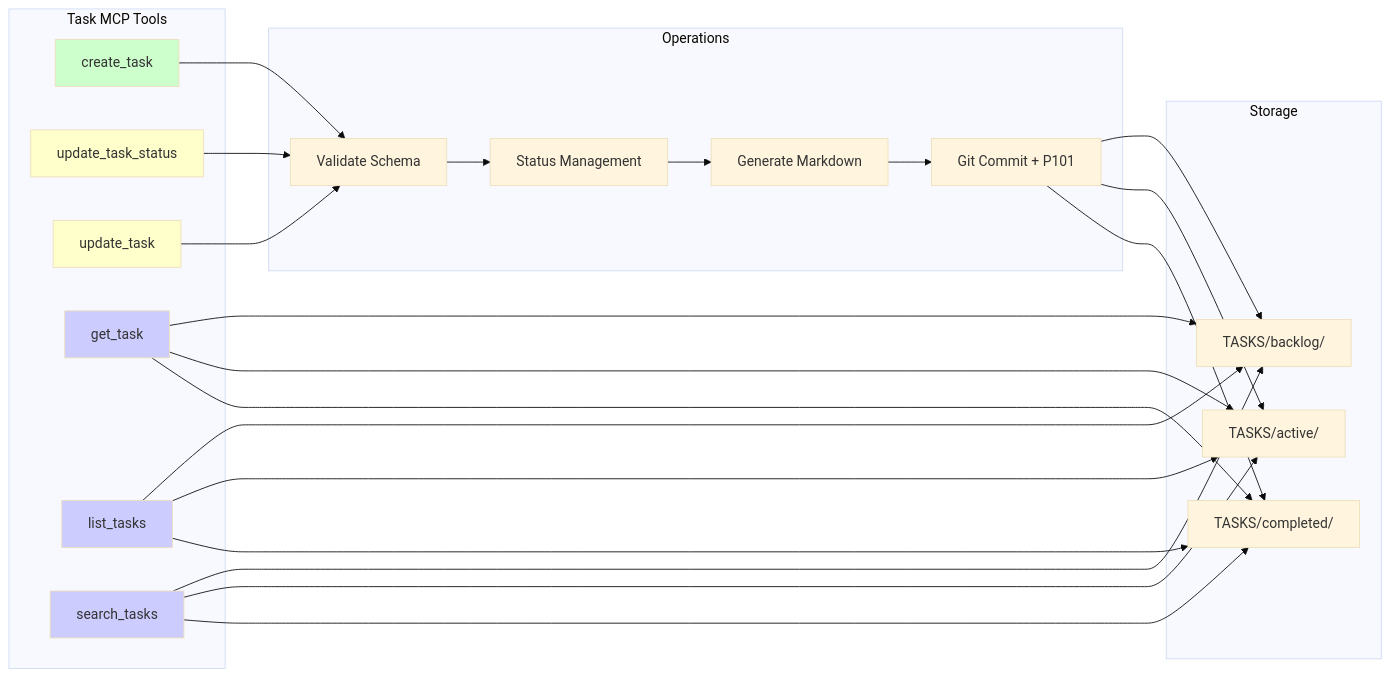
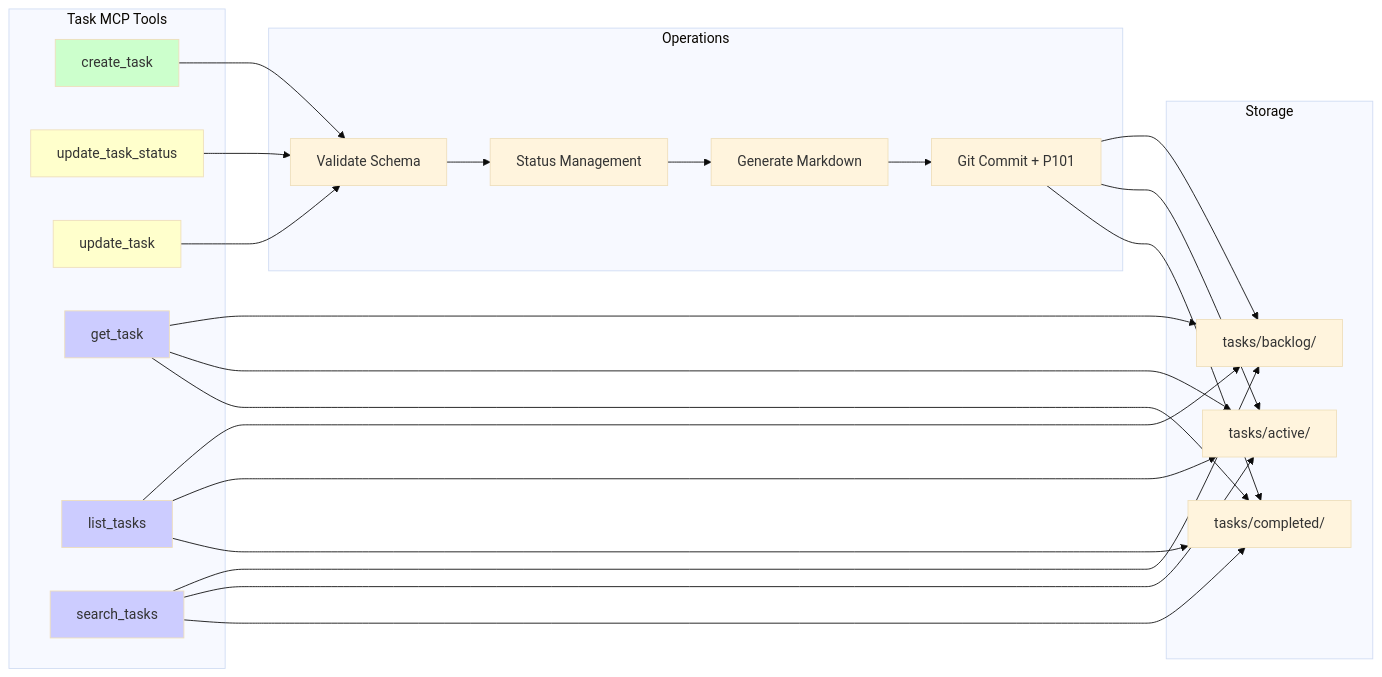
Before and after one commit to richfrem/Project_Sanctuary: the diagram in docs/architecture_diagrams/system/legacy_mcps/task_mcp_server.mmd, drawn with Mermaid. The commit also changed 260 other files, not shown here.

```diff
--- a/docs/architecture_diagrams/system/legacy_mcps/task_mcp_server.mmd
+++ b/docs/architecture_diagrams/system/legacy_mcps/task_mcp_server.mmd
@@ -1,58 +1,58 @@
 ---
 config:
   theme: base
 ---
 %% Name: Task MCP Server Architecture
 %% Source: docs/mcp_servers/architecture/mcp_ecosystem_architecture_v3.md
 %% Location: docs/architecture_diagrams/system/task_mcp_server.mmd
 %% Description: Architecture and tool flow for Task MCP Server
 
 graph LR
     subgraph "Task MCP Tools"
         A[create_task]
         B[update_task_status]
         C[update_task]
         D[get_task]
         E[list_tasks]
         F[search_tasks]
     end
     
     subgraph "Operations"
         G[Validate Schema]
         H[Status Management]
         I[Generate Markdown]
         J[Git Commit + P101]
     end
     
     subgraph "Storage"
-        K[TASKS/backlog/]
-        L[TASKS/active/]
-        M[TASKS/completed/]
+        K[tasks/backlog/]
+        L[tasks/active/]
+        M[tasks/completed/]
     end
     
     A --> G
     B --> G
     C --> G
     G --> H
     H --> I
     I --> J
     J --> K
     J --> L
     J --> M
     
     D --> K
     D --> L
     D --> M
     E --> K
     E --> L
     E --> M
     F --> K
     F --> L
     F --> M
     
     style A fill:#ccffcc
     style B fill:#ffffcc
     style C fill:#ffffcc
     style D fill:#ccccff
     style E fill:#ccccff
     style F fill:#ccccff
```
